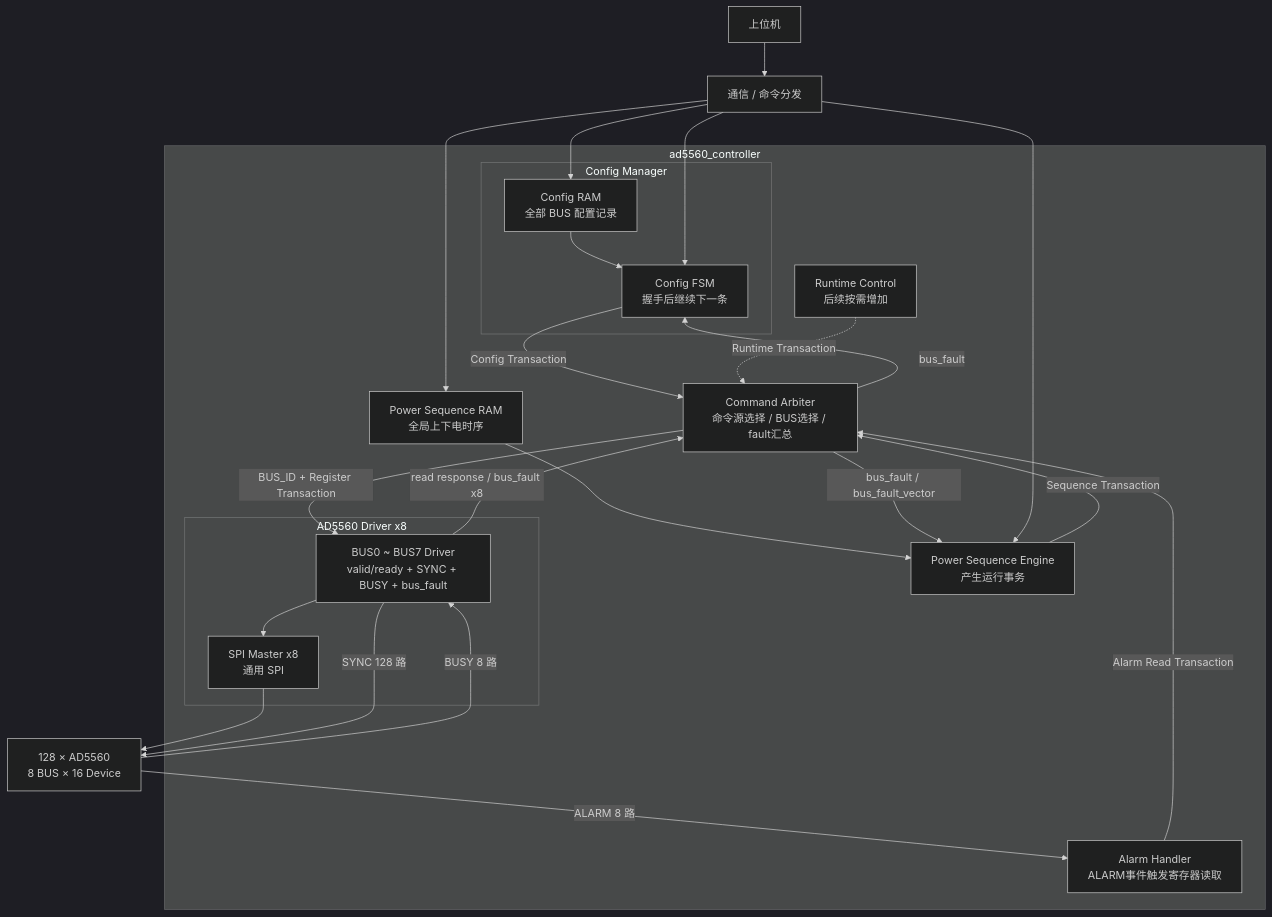
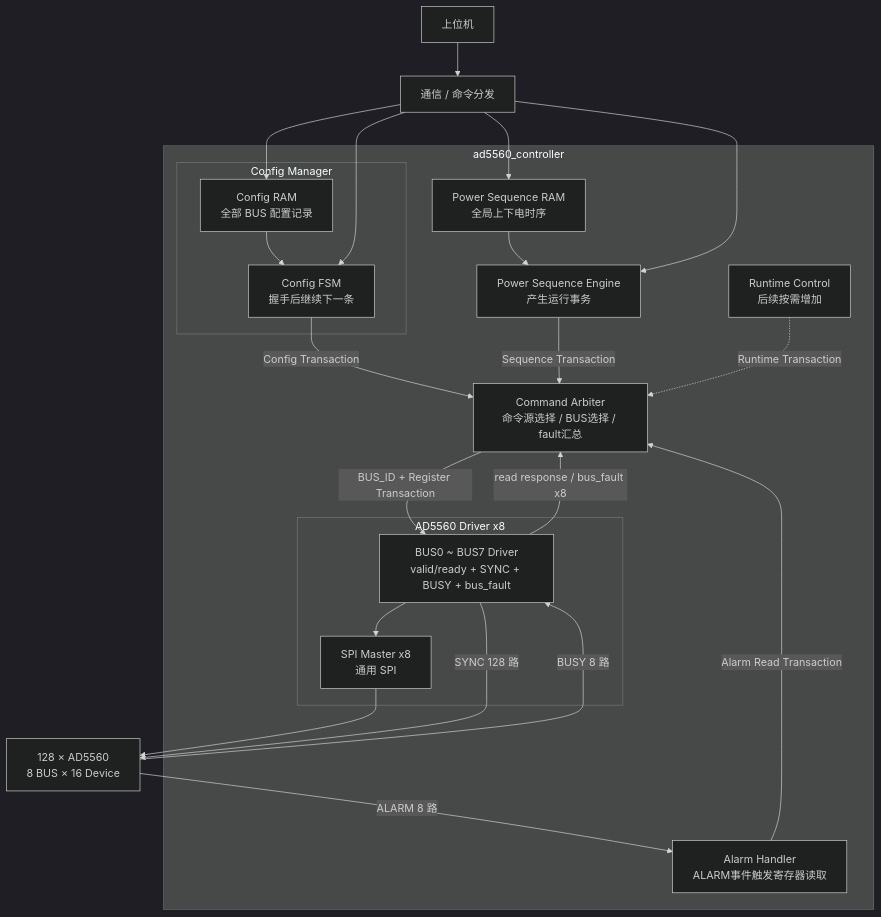
Before and after one commit to hhanghhhhh/hbm_proj: the diagram in AD5560/SYSTEM_ARCHITECTURE.md, drawn with Mermaid (dark theme).

````diff
--- a/AD5560/SYSTEM_ARCHITECTURE.md
+++ b/AD5560/SYSTEM_ARCHITECTURE.md
@@ -173,50 +173,48 @@
 ```mermaid
 flowchart TB
     PC[上位机]
     COMM[通信 / 命令分发]
 
     subgraph CTRL[ad5560_controller]
         subgraph CFG[Config Manager]
             CRAM[Config RAM\n全部 BUS 配置记录]
             CM[Config FSM\n握手后继续下一条]
             CRAM --> CM
         end
 
         PSRAM[Power Sequence RAM\n全局上下电时序]
         PSE[Power Sequence Engine\n产生运行事务]
         AH[Alarm Handler\nALARM事件触发寄存器读取]
         RC[Runtime Control\n后续按需增加]
 
         ARB[Command Arbiter\n命令源选择 / BUS选择 / fault汇总]
 
         subgraph DRIVERS[AD5560 Driver x8]
             DRV[BUS0 ~ BUS7 Driver\nvalid/ready + SYNC + BUSY + bus_fault]
             SPI[SPI Master x8\n通用 SPI]
             DRV --> SPI
         end
 
         PSRAM --> PSE
 
         CM -->|Config Transaction| ARB
         PSE -->|Sequence Transaction| ARB
         AH -->|Alarm Read Transaction| ARB
         RC -.->|Runtime Transaction| ARB
         ARB -->|BUS_ID + Register Transaction| DRV
         DRV -->|read response / bus_fault x8| ARB
-        ARB -->|bus_fault| CM
-        ARB -->|bus_fault / bus_fault_vector| PSE
     end
 
     DEV[128 × AD5560\n8 BUS × 16 Device]
 
     PC --> COMM
     COMM --> CRAM
     COMM --> CM
     COMM --> PSRAM
     COMM --> PSE
 
     SPI --> DEV
     DRV -->|SYNC 128 路| DEV
     DEV -->|BUSY 8 路| DRV
     DEV -->|ALARM 8 路| AH
 ```
````
